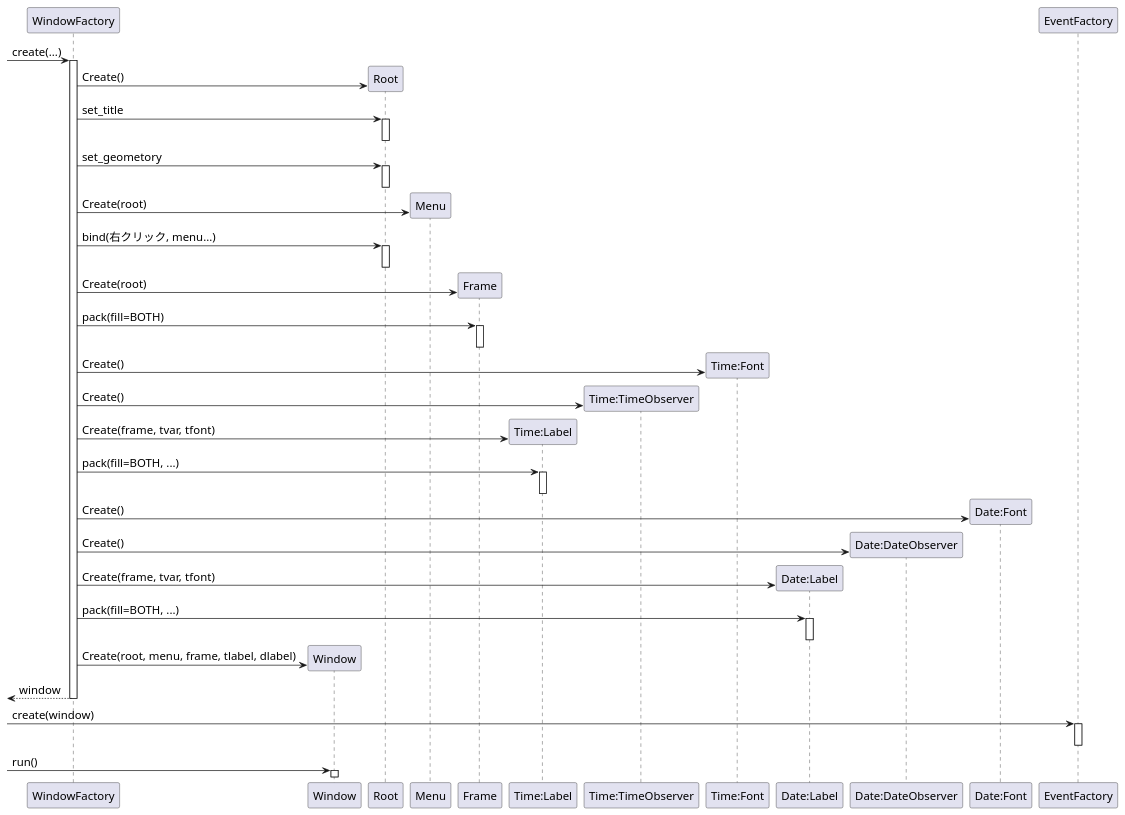
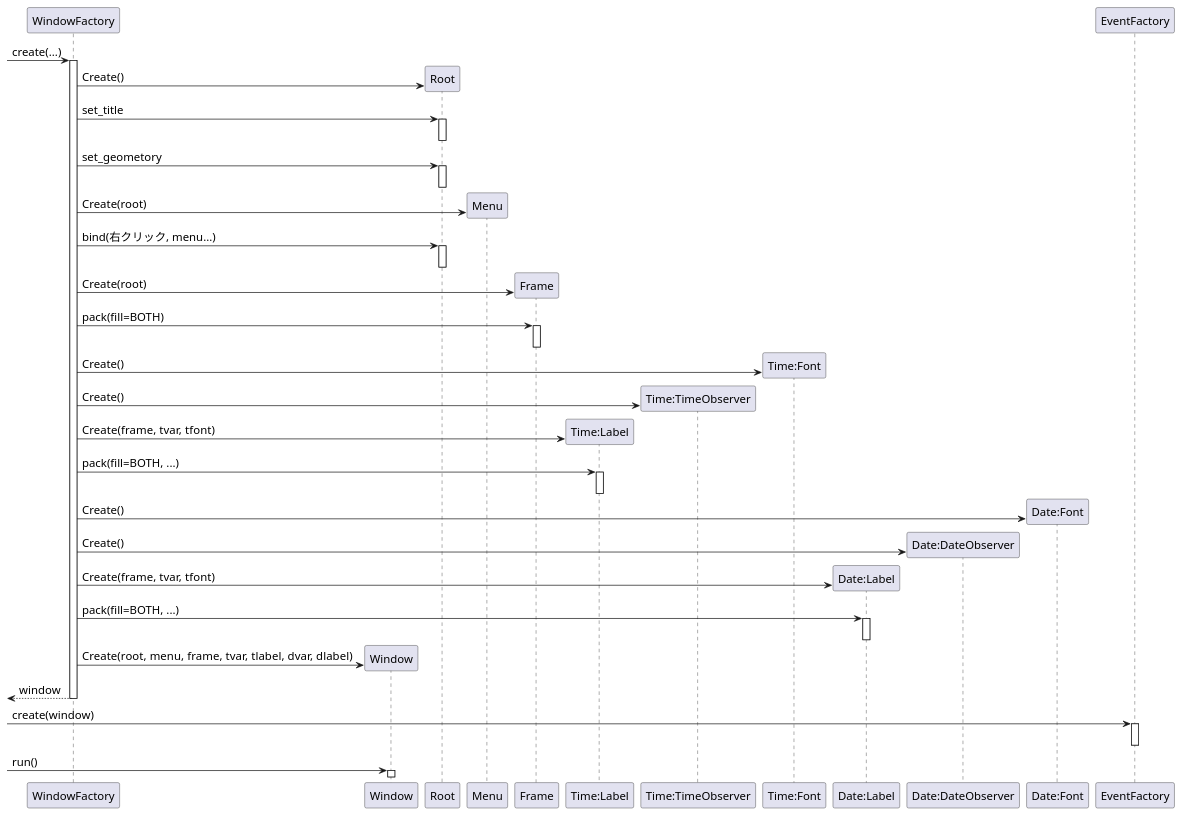
The diagram in doc/WindowFactorySequence.puml (TAKE4548/OLW), drawn with PlantUML before and after one commit. The commit also changed 7 other files, not shown here.

```diff
--- a/doc/WindowFactorySequence.puml
+++ b/doc/WindowFactorySequence.puml
@@ -1,47 +1,47 @@
 @startuml WindowFactoryと全体の流れ
 skinparam {
    defaultfontsize 16
    linetype ortho
 }
 participant WindowFactory as f
 participant Window as w
 participant Root as root
 participant Menu as menu
 participant Frame as frame
 participant "Time:Label" as tlabel
 participant "Time:TimeObserver" as tvar
 participant "Time:Font" as tfont
 participant "Date:Label" as dlabel
 participant "Date:DateObserver" as dvar
 participant "Date:Font" as dfont
 participant EventFactory as ef
 
 autoactivate on
 [-> f: create(...)
 f -> root**: Create()
 f -> root: set_title
 deactivate
 f -> root: set_geometory
 deactivate
 f -> menu**: Create(root)
 f -> root: bind(右クリック, menu...)
 deactivate
 f -> frame**: Create(root)
 f -> frame: pack(fill=BOTH)
 deactivate
 f -> tfont**: Create()
 f -> tvar**: Create()
 f -> tlabel**: Create(frame, tvar, tfont)
 f -> tlabel: pack(fill=BOTH, ...)
 deactivate
 f -> dfont**: Create()
 f -> dvar**: Create()
 f -> dlabel**: Create(frame, tvar, tfont)
 f -> dlabel: pack(fill=BOTH, ...)
 deactivate
-f -> w**: Create(root, menu, frame, tlabel, dlabel)
+f -> w**: Create(root, menu, frame, tvar, tlabel, dvar, dlabel)
 return window
 [-> ef: create(window)
 deactivate
 [-> w: run()
 @enduml
```
